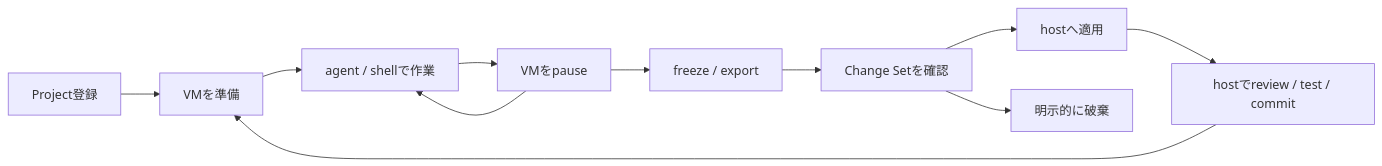
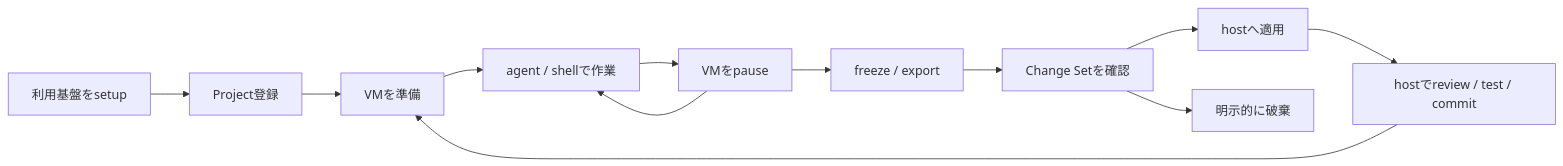
The diagram in docs/workflows.md (Haruka-127/sunaba), drawn with Mermaid before and after one commit. The commit also changed other lines of this file and 3 other files, not shown here.

````diff
--- a/docs/workflows.md
+++ b/docs/workflows.md
@@ -15,13 +15,14 @@
 ```mermaid
 flowchart LR
-    Init[Project登録] --> Up[VMを準備]
+    Setup[利用基盤をsetup] --> Init[Project登録]
+    Init --> Up[VMを準備]
     Up --> Work[agent / shellで作業]
     Work --> Pause[VMをpause]
     Pause --> Work
     Pause --> Export[freeze / export]
     Export --> Pending[Change Setを確認]
     Pending --> Apply[hostへ適用]
     Apply --> Review[hostでreview / test / commit]
     Pending --> Discard[明示的に破棄]
     Review --> Up
 ```
````
